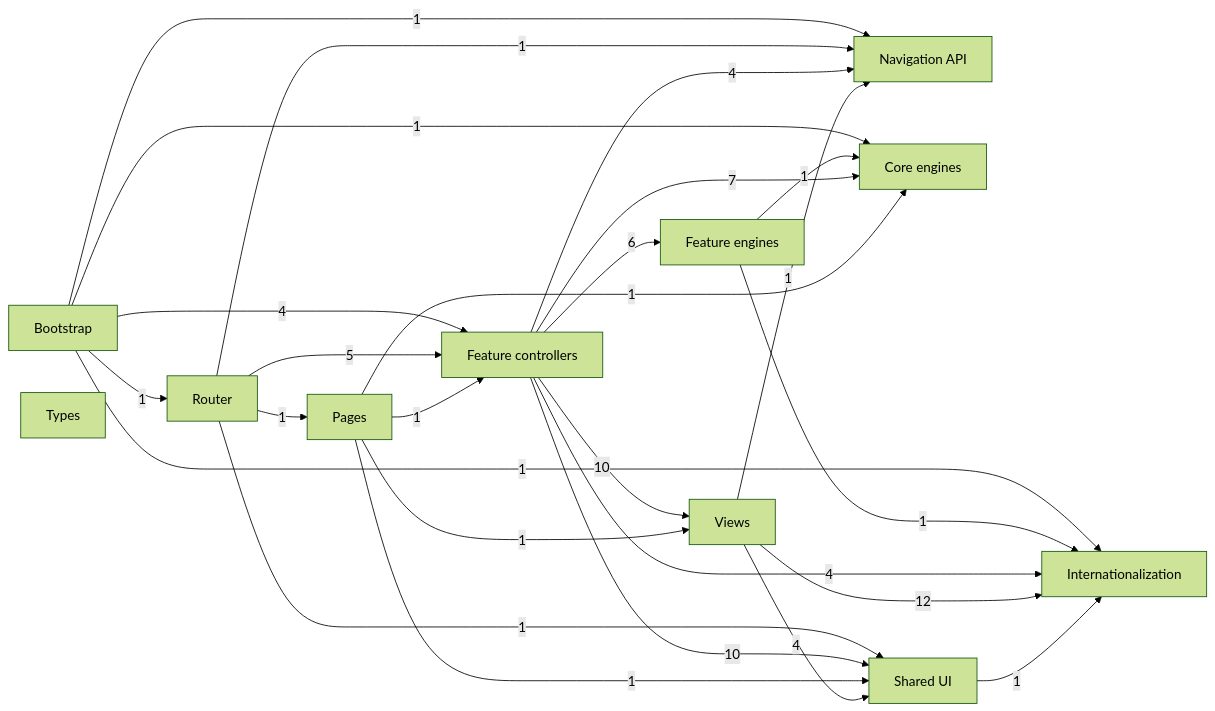
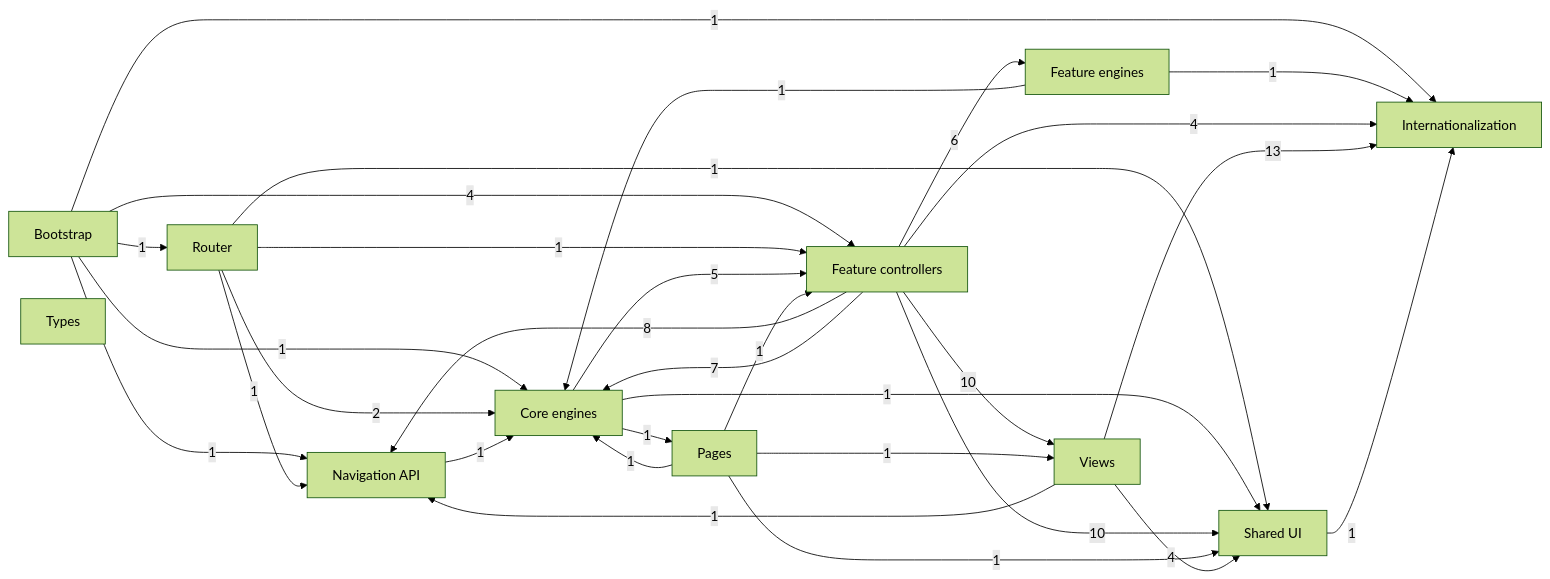
The first of 12 diagrams in docs/dependency-graph.md (temsahak-rgb/Dino-5monde), drawn with Mermaid (forest theme) before and after one commit. The commit also changed other lines of this file, not shown here.

Commit message:
docs: update dependency graph [skip ci]

````diff
--- a/docs/dependency-graph.md
+++ b/docs/dependency-graph.md
@@ -12,39 +12,43 @@
 ```mermaid
 flowchart LR
     G0["Bootstrap"]
     G1["Router"]
     G2["Navigation API"]
     G3["Core engines"]
     G4["Feature engines"]
     G5["Feature controllers"]
     G6["Pages"]
     G7["Views"]
     G8["Shared UI"]
     G9["Internationalization"]
     G10["Types"]
     G0 -->|1| G1
     G0 -->|1| G2
     G0 -->|1| G3
     G0 -->|4| G5
     G0 -->|1| G9
     G1 -->|1| G2
-    G1 -->|5| G5
-    G1 -->|1| G6
+    G1 -->|2| G3
+    G1 -->|1| G5
     G1 -->|1| G8
+    G2 -->|1| G3
+    G3 -->|5| G5
+    G3 -->|1| G6
+    G3 -->|1| G8
     G4 -->|1| G3
     G4 -->|1| G9
-    G5 -->|4| G2
+    G5 -->|8| G2
     G5 -->|7| G3
     G5 -->|6| G4
     G5 -->|10| G7
     G5 -->|10| G8
     G5 -->|4| G9
     G6 -->|1| G3
     G6 -->|1| G5
     G6 -->|1| G7
     G6 -->|1| G8
     G7 -->|1| G2
     G7 -->|4| G8
-    G7 -->|12| G9
+    G7 -->|13| G9
     G8 -->|1| G9
 ```
````
